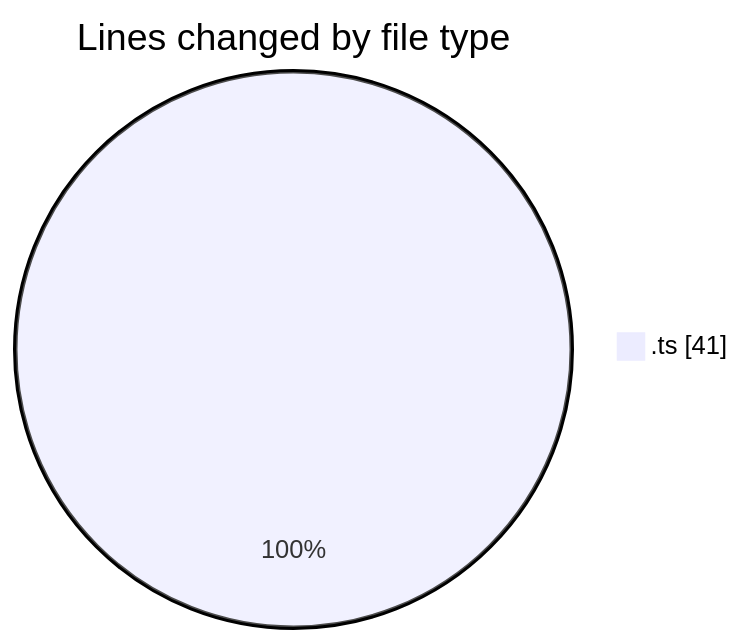
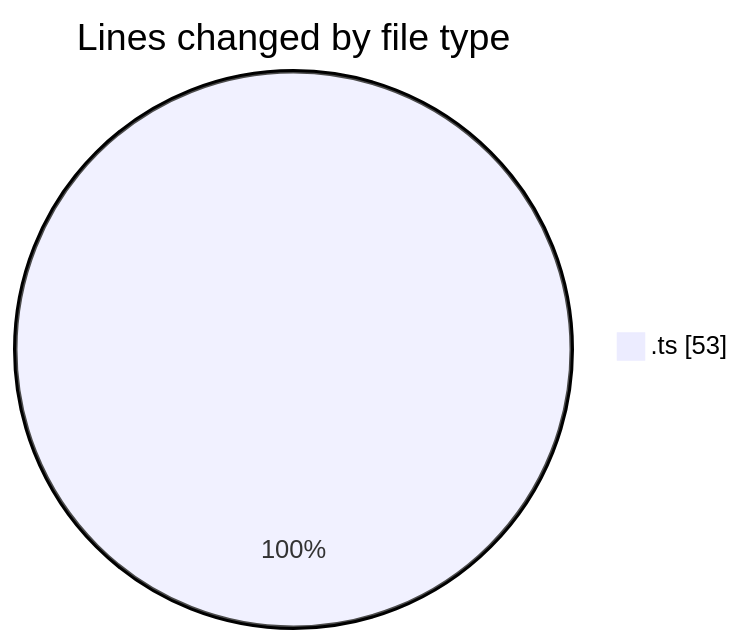
The first of 2 diagrams in 2025-08-19/cda/README.md (momahboobian/code-tracking), drawn with Mermaid before and after one commit. The commit also changed other lines of this file and 1 other file, not shown here.

````diff
--- a/2025-08-19/cda/README.md
+++ b/2025-08-19/cda/README.md
@@ -21,5 +21,5 @@
 ```mermaid
 pie showData
 title Lines changed by file type
-".ts" : 41
+".ts" : 53
 ```
````
